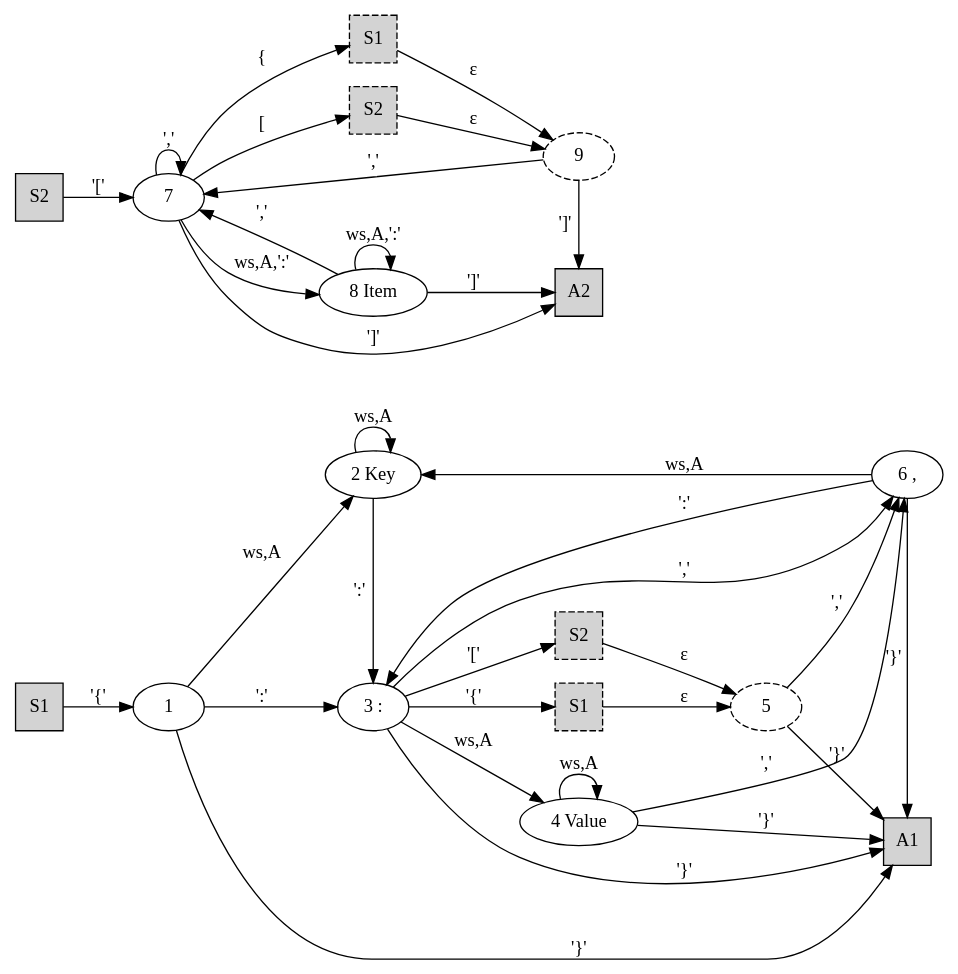
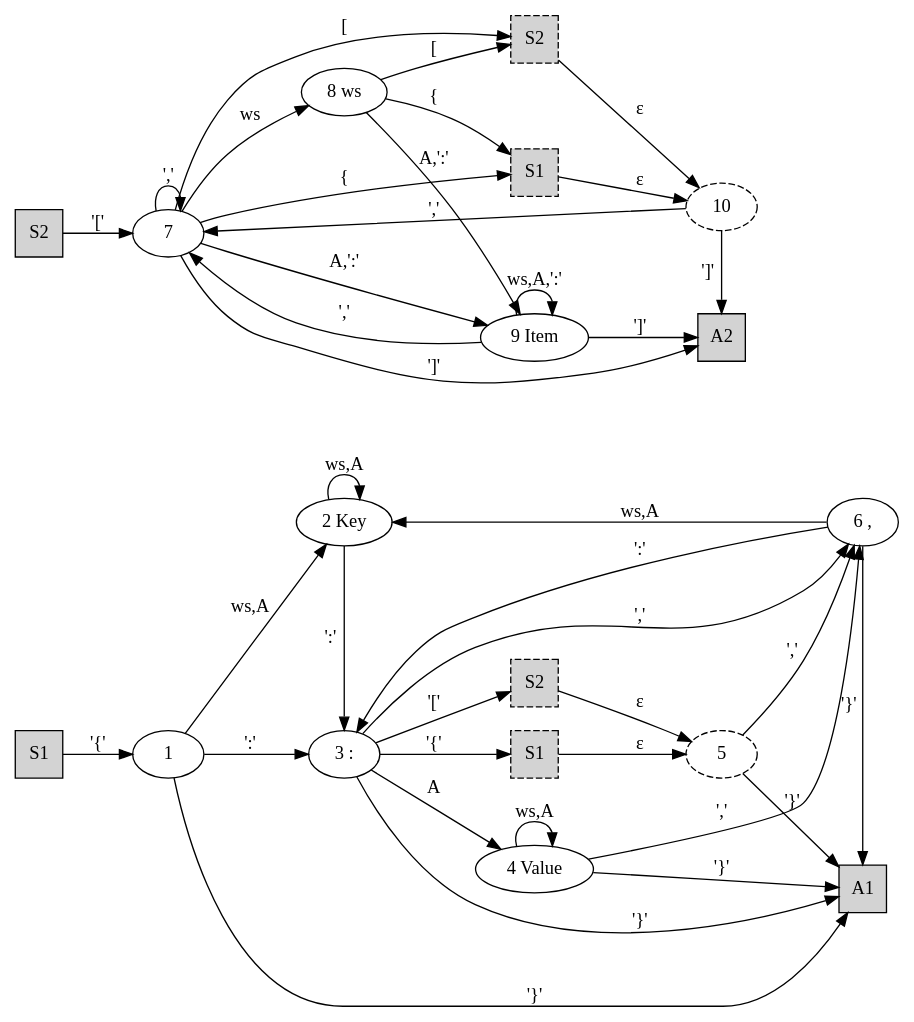
Before and after one commit to npillmayer/nestext: the diagram in automata.dot, drawn with Graphviz. The commit also changed 1 other file, not shown here.

```diff
--- a/automata.dot
+++ b/automata.dot
@@ -1,64 +1,70 @@
 digraph Automata {
     splines="TRUE";
     rankdir="LR"
 
     S1  [shape="square",style="filled"]
     S1x  [label="S1",shape="square",style="filled,dashed",group="axis2-1"]
     S1y  [label="S1",shape="square",style="filled,dashed"]
     S2  [shape="square",style="filled"]
     S2x  [label="S2",shape="square",style="filled,dashed"]
     S2y  [label="S2",shape="square",style="filled,dashed"]
     A1  [shape="square",style="filled"]
     A2 [shape="square",style="filled"]
     1  [group="axis2-1"]
     2  [label="2 Key",group="axis2-2"]
     3  [label="3 :",group="axis2-1"]
     6  [label="6 ,",group="axis2-2"]
     4  [label="4 Value"]
-    8  [label="8 Item"]
+    8  [label="8 ws"]
+    9  [label="9 Item"]
     5  [style="dashed",group="axis2-1"]
-    9  [style="dashed"]
+    10  [style="dashed"]
     
     S1 -> 1[label="'{'"]
     1  -> 2[label="ws,A"]
     2  -> 2[label="ws,A"]
     2  -> 3[label="':'"]
     1  -> 3[label="':'"]
-    3  -> 4[label="ws,A"]
+    3  -> 4[label="A"]
     4  -> 4[label="ws,A"]
     4  -> A1[label="'}'"]
     4  -> 6[label="','"]
     3  -> 6[label="','"]
     6  -> A1[label="'}'"]
     6  -> 2[label="ws,A"]
     6  -> 3[label="':'"]
     1  -> A1[label="'}'"]
     3  -> A1[label="'}'"]
     3  -> S1x[label="'{'"]
     S1x  -> 5[label="ε"]
     3  -> S2x[label="'['"]
     S2x  -> 5[label="ε"]
     5  -> 6[label="','"]
     5  -> A1[label="'}'"]
 
     S2 -> 7[label="'['"]
-    7  -> 8[label="ws,A,':'"]
     7  -> 7[label="','"]
-    8  -> 8[label="ws,A,':'"]
-    8  -> 7[label="','"]
-    8  -> A2[label="']'"]
+    7  -> 8[label="ws"]
+    7  -> 9[label="A,':'"]
+    8  -> 9[label="A,':'"]
+    9  -> 9[label="ws,A,':'"]
+    9  -> 7[label="','"]
+    9  -> A2[label="']'"]
     7  -> A2[label="']'"]
     7  -> S1y[label="{"]
     7  -> S2y[label="["]
-    S1y  -> 9[label="ε"]
-    S2y  -> 9[label="ε"]
-    9  -> A2[label="']'"]
-    9  -> 7[label="','"]
+    8  -> S1y[label="{"]
+    8  -> S2y[label="["]
+    S1y  -> 10[label="ε"]
+    S2y  -> 10[label="ε"]
+    10  -> A2[label="']'"]
+    10  -> 7[label="','"]
 
     { rank=min; S1; S2;}
     { rank=same; 4; S1x; S2x; }
-    { rank=same; 8; S1y; S2y; 2; 3;}
-    { rank=same; 9; A2;}
+    { rank=same; 9; S1y; S2y; }
+    { rank=same; 2; 3; 8; }
+    { rank=same; 10; A2;}
     { rank=max; A1; 6;}
     { rank=same; 1; 7;}
 }
```
